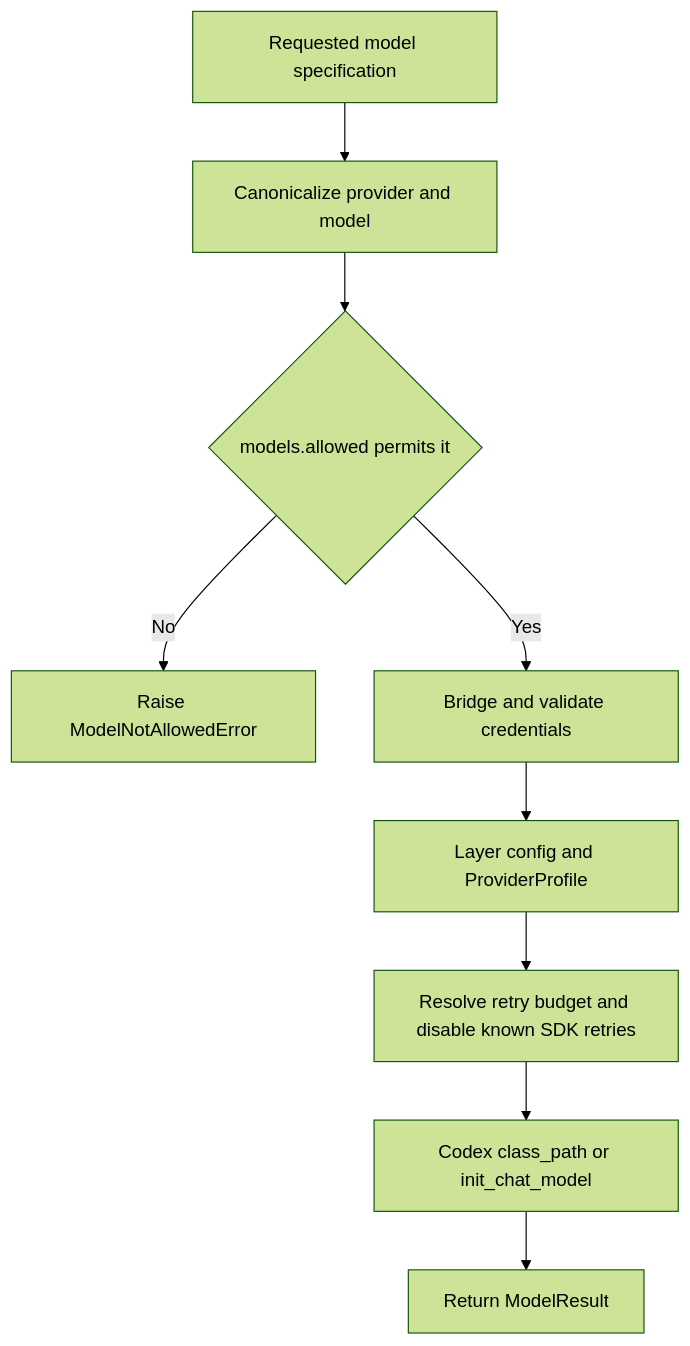
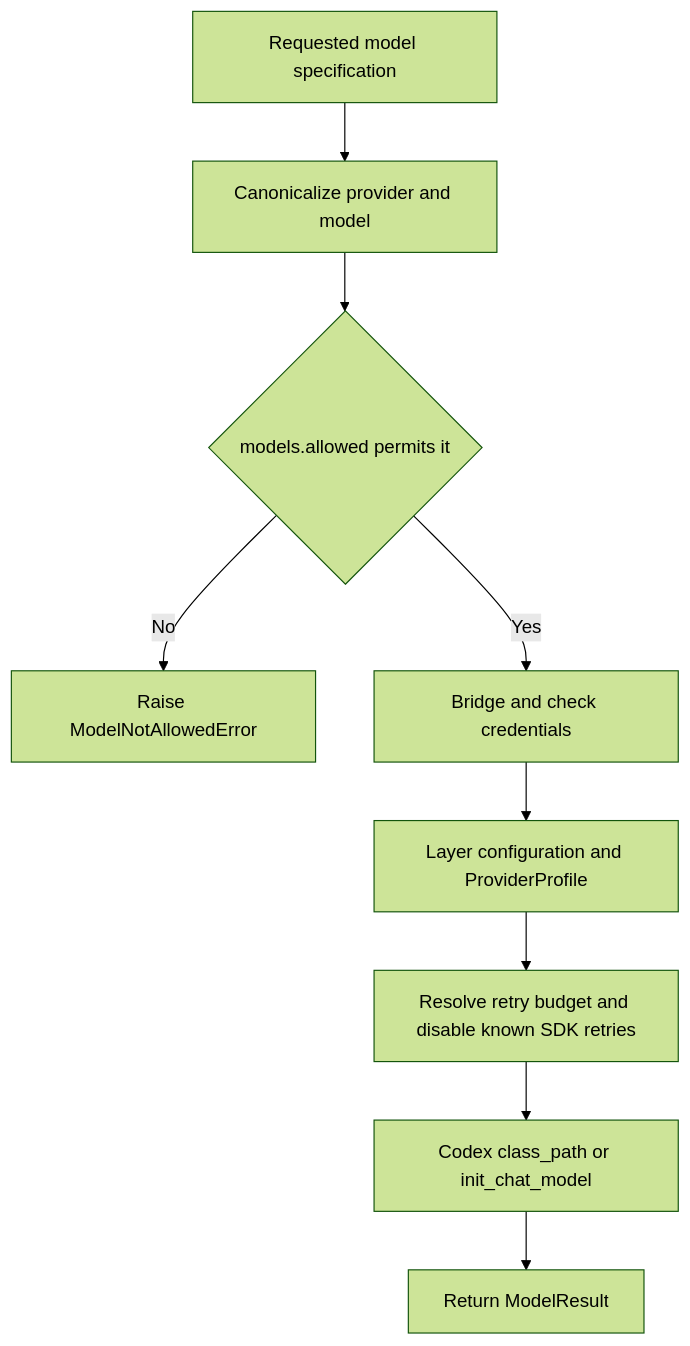
Before and after one commit to langchain-ai/deepagents: the second of 4 diagrams in openwiki/concepts/profiles-models.md, drawn with Mermaid (forest theme). The commit also changed other lines of this file and 35 other files, not shown here.

````diff
--- a/openwiki/concepts/profiles-models.md
+++ b/openwiki/concepts/profiles-models.md
@@ -119,11 +124,11 @@
 ```mermaid
 flowchart TD
     Request["Requested model specification"] --> Resolve["Canonicalize provider and model"]
     Resolve --> Allowed{"models.allowed permits it"}
     Allowed -->|No| Denied["Raise ModelNotAllowedError"]
-    Allowed -->|Yes| Credentials["Bridge and validate credentials"]
-    Credentials --> Profile["Layer config and ProviderProfile"]
+    Allowed -->|Yes| Credentials["Bridge and check credentials"]
+    Credentials --> Profile["Layer configuration and ProviderProfile"]
     Profile --> Retries["Resolve retry budget and disable known SDK retries"]
     Retries --> Build["Codex class_path or init_chat_model"]
     Build --> Result["Return ModelResult"]
 ```
````
